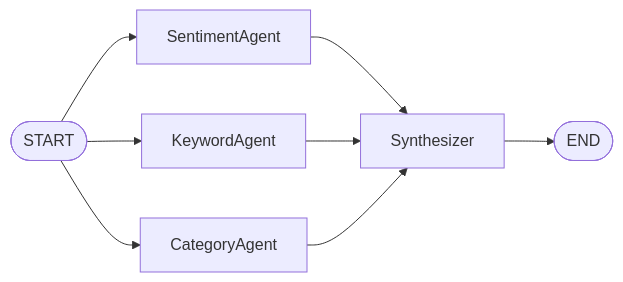
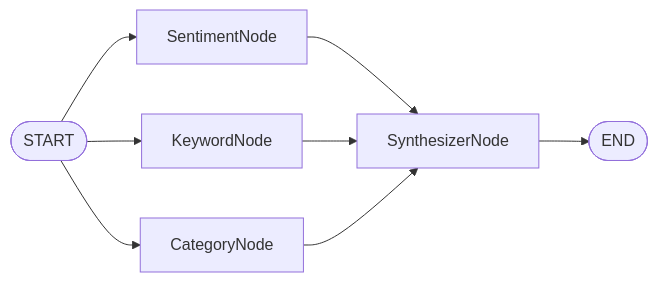
The third of 13 diagrams in act_operator/act_operator/scaffold/{{ cookiecutter.act_slug }}/.claude/skills/act-architect/resources/agentic-design-patterns.md (Proact0/Act-Operator), drawn with Mermaid before and after one commit. The commit also changed other lines of this file and 9 other files, not shown here.

Commit message:
Update version to 0.2.4, add new template paths for improved project scaffolding, and enhance documentation for interactive conversation protocols in the act-architect skill.

````diff
--- a/act_operator/act_operator/scaffold/{{ cookiecutter.act_slug }}/.claude/skills/act-architect/resources/agentic-design-patterns.md
+++ b/act_operator/act_operator/scaffold/{{ cookiecutter.act_slug }}/.claude/skills/act-architect/resources/agentic-design-patterns.md
@@ -79,6 +82,6 @@
 ```mermaid
 graph LR
-    START([START]) --> SentimentAgent & KeywordAgent & CategoryAgent
-    SentimentAgent & KeywordAgent & CategoryAgent --> Synthesizer
-    Synthesizer --> END([END])
+    START([START]) --> A[SentimentNode] & B[KeywordNode] & C[CategoryNode]
+    A & B & C --> D[SynthesizerNode]
+    D --> END([END])
 ```
````
